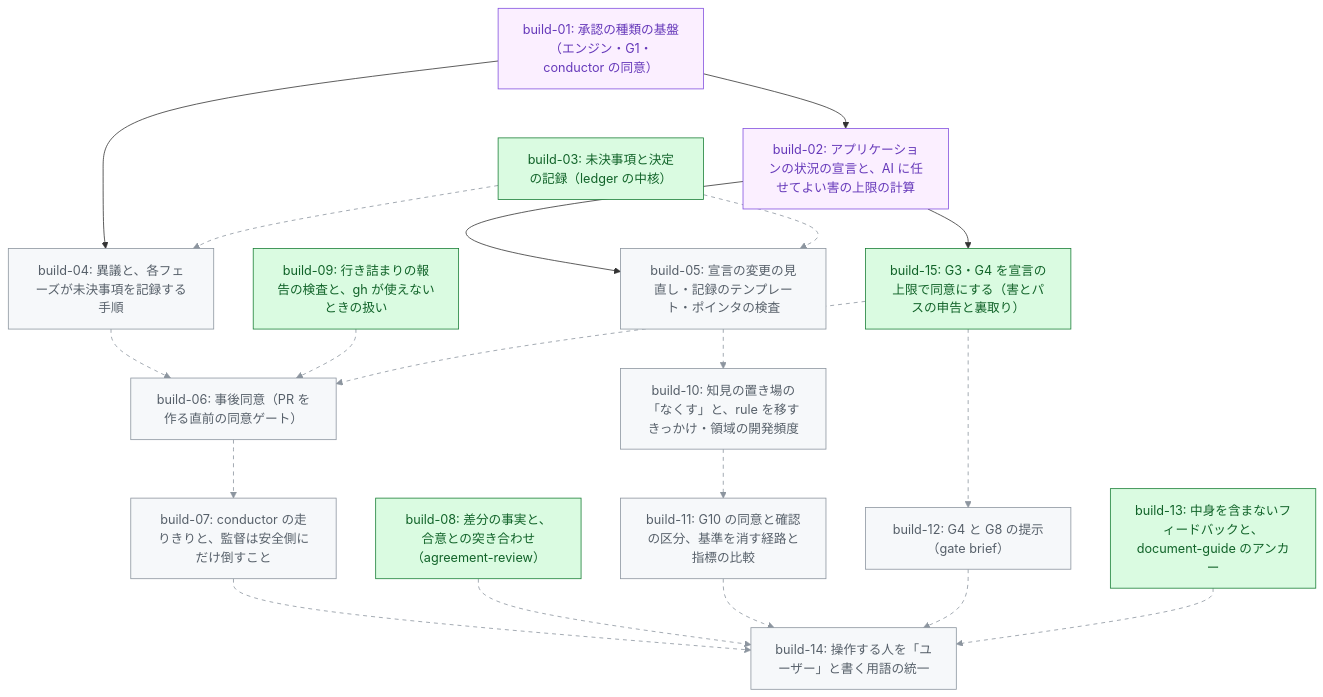
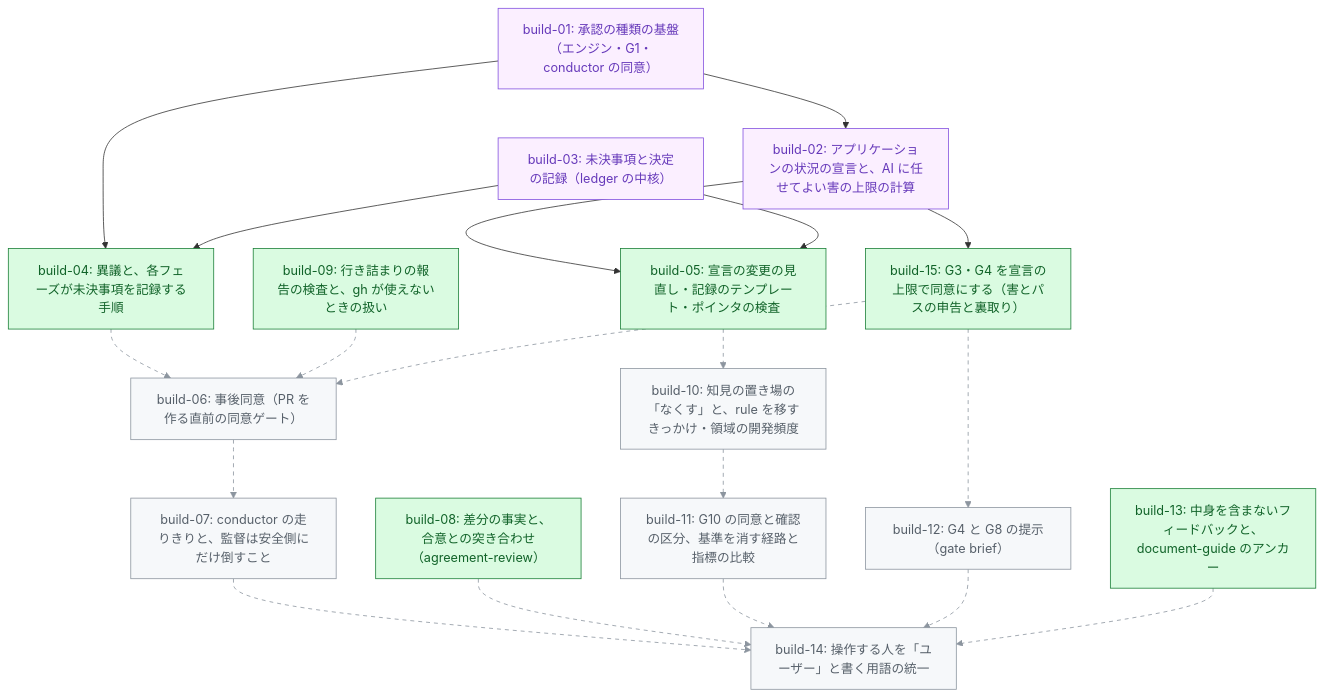
One commit to tak-solder/hikyaku changed the diagram in .hikyaku/cycles/001-v3-core-concepts/tasklist.md. Above: the diagram before and after it, drawn with Mermaid. The commit also changed other lines of this file and 1 other file, not shown here.

Commit message:
builder(001-v3-core-concepts): build-03 の PR を記録する（#111）
Claude-Session: https://claude.ai/code/session_01RJieNbZxJTuNKqjvWpTagW

````diff
--- a/.hikyaku/cycles/001-v3-core-concepts/tasklist.md
+++ b/.hikyaku/cycles/001-v3-core-concepts/tasklist.md
@@ -30,43 +30,43 @@
 ```mermaid
 graph TD
   b01["build-01: 承認の種類の基盤（エンジン・G1・conductor の同意）"]
   b02["build-02: アプリケーションの状況の宣言と、AI に任せてよい害の上限の計算"]
   b03["build-03: 未決事項と決定の記録（ledger の中核）"]
   b04["build-04: 異議と、各フェーズが未決事項を記録する手順"]
   b05["build-05: 宣言の変更の見直し・記録のテンプレート・ポインタの検査"]
   b06["build-06: 事後同意（PR を作る直前の同意ゲート）"]
   b07["build-07: conductor の走りきりと、監督は安全側にだけ倒すこと"]
   b08["build-08: 差分の事実と、合意との突き合わせ（agreement-review）"]
   b09["build-09: 行き詰まりの報告の検査と、gh が使えないときの扱い"]
   b10["build-10: 知見の置き場の「なくす」と、rule を移すきっかけ・領域の開発頻度"]
   b11["build-11: G10 の同意と確認の区分、基準を消す経路と指標の比較"]
   b12["build-12: G4 と G8 の提示（gate brief）"]
   b13["build-13: 中身を含まないフィードバックと、document-guide のアンカー"]
   b14["build-14: 操作する人を「ユーザー」と書く用語の統一"]
   b15["build-15: G3・G4 を宣言の上限で同意にする（害とパスの申告と裏取り）"]
   b01 --> b02
   b01 --> b04
-  b03 -.-> b04
+  b03 --> b04
   b02 --> b05
-  b03 -.-> b05
+  b03 --> b05
   b04 -.-> b06
   b09 -.-> b06
   b15 -.-> b06
   b06 -.-> b07
   b05 -.-> b10
   b10 -.-> b11
   b15 -.-> b12
   b07 -.-> b14
   b08 -.-> b14
   b11 -.-> b14
   b12 -.-> b14
   b13 -.-> b14
   b02 --> b15
   classDef merged fill:#fbefff,stroke:#8250df,color:#6639ba
   classDef ready fill:#dafbe1,stroke:#1a7f37,color:#116329
   classDef blocked fill:#f6f8fa,stroke:#8c959f,color:#57606a
-  class b01,b02 merged
-  class b03,b08,b09,b13,b15 ready
-  class b04,b05,b06,b07,b10,b11,b12,b14 blocked
-  linkStyle 2,4,5,6,7,8,9,10,11,12,13,14,15,16 stroke:#8c959f,stroke-dasharray:5 5
+  class b01,b02,b03 merged
+  class b04,b05,b08,b09,b13,b15 ready
+  class b06,b07,b10,b11,b12,b14 blocked
+  linkStyle 5,6,7,8,9,10,11,12,13,14,15,16 stroke:#8c959f,stroke-dasharray:5 5
 ```
````
